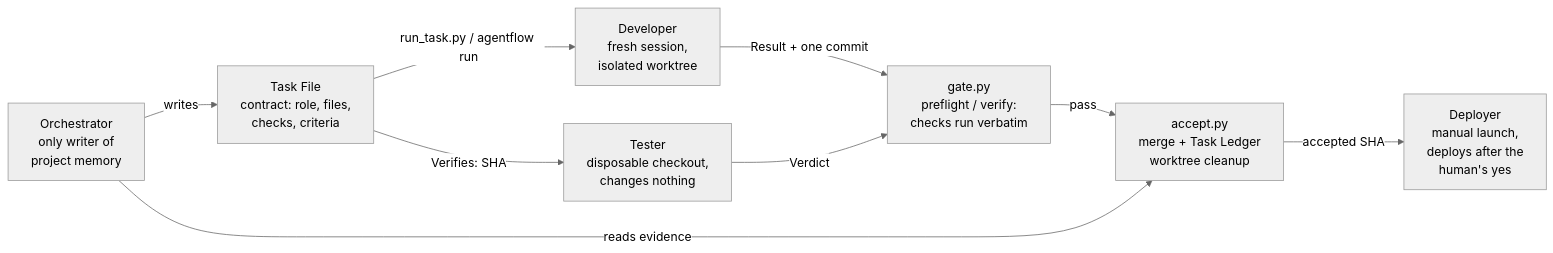
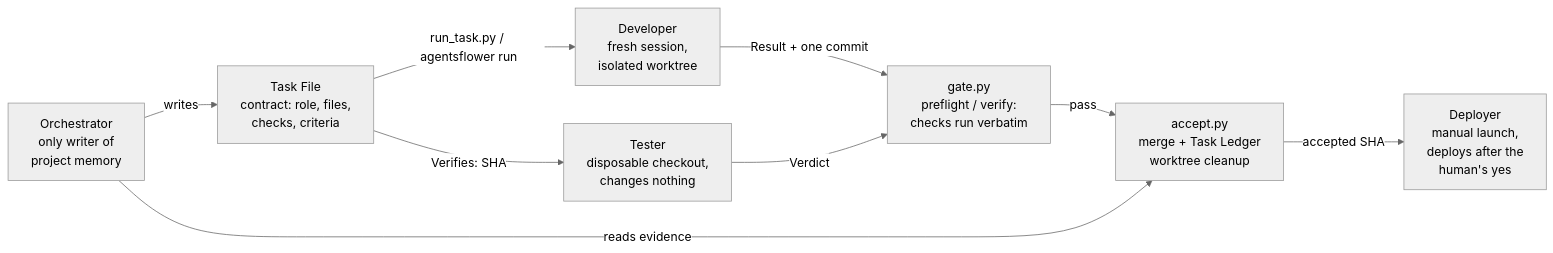
One commit to agentsflower/agentsflower changed the diagram in README.md. Above: the diagram before and after it, drawn with Mermaid (neutral theme). The commit also changed other lines of this file and 226 other files, not shown here.

````diff
--- a/README.md
+++ b/README.md
@@ -23,11 +23,11 @@
 ```mermaid
 flowchart LR
     O[Orchestrator<br/>only writer of<br/>project memory] -->|writes| TF[Task File<br/>contract: role, files,<br/>checks, criteria]
-    TF -->|run_task.py / agentflow run| D[Developer<br/>fresh session,<br/>isolated worktree]
+    TF -->|run_task.py / agentsflower run| D[Developer<br/>fresh session,<br/>isolated worktree]
     TF -->|Verifies: SHA| T[Tester<br/>disposable checkout,<br/>changes nothing]
     D -->|Result + one commit| G[gate.py<br/>preflight / verify:<br/>checks run verbatim]
     T -->|Verdict| G
     G -->|pass| A[accept.py<br/>merge + Task Ledger<br/>worktree cleanup]
     A -->|accepted SHA| DP[Deployer<br/>manual launch,<br/>deploys after the<br/>human's yes]
     O -->|reads evidence| A
 ```
````
